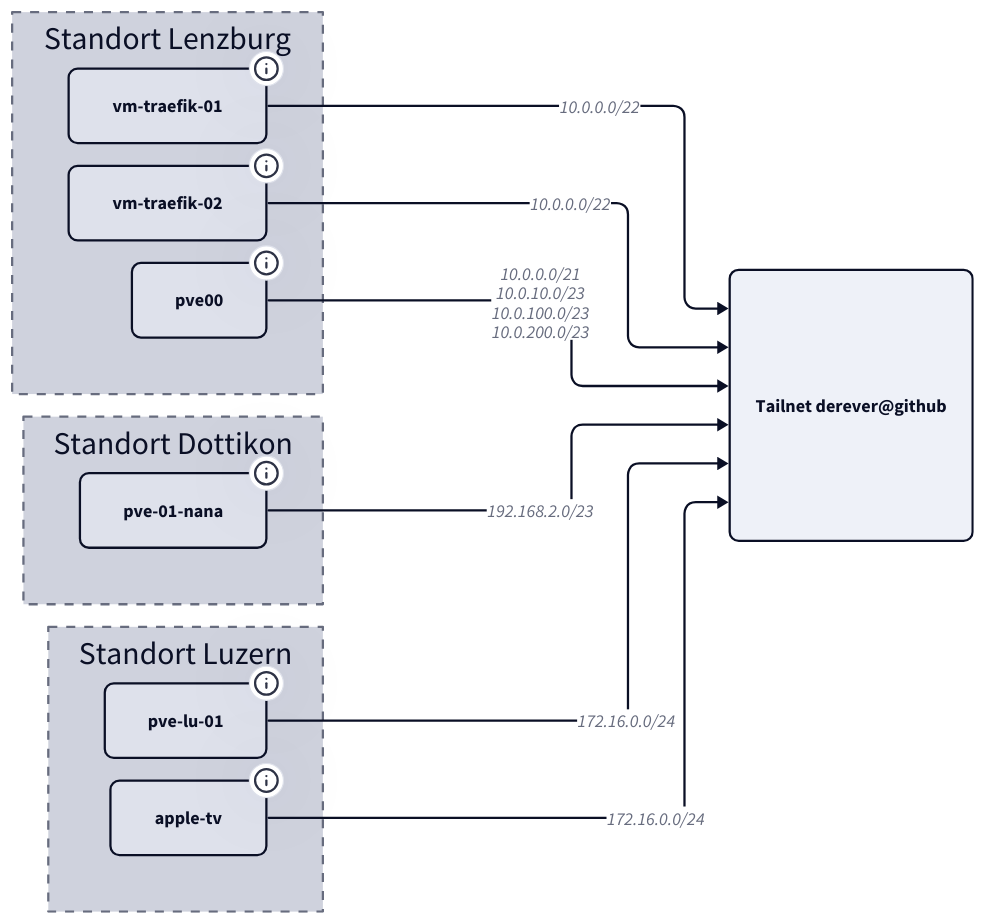
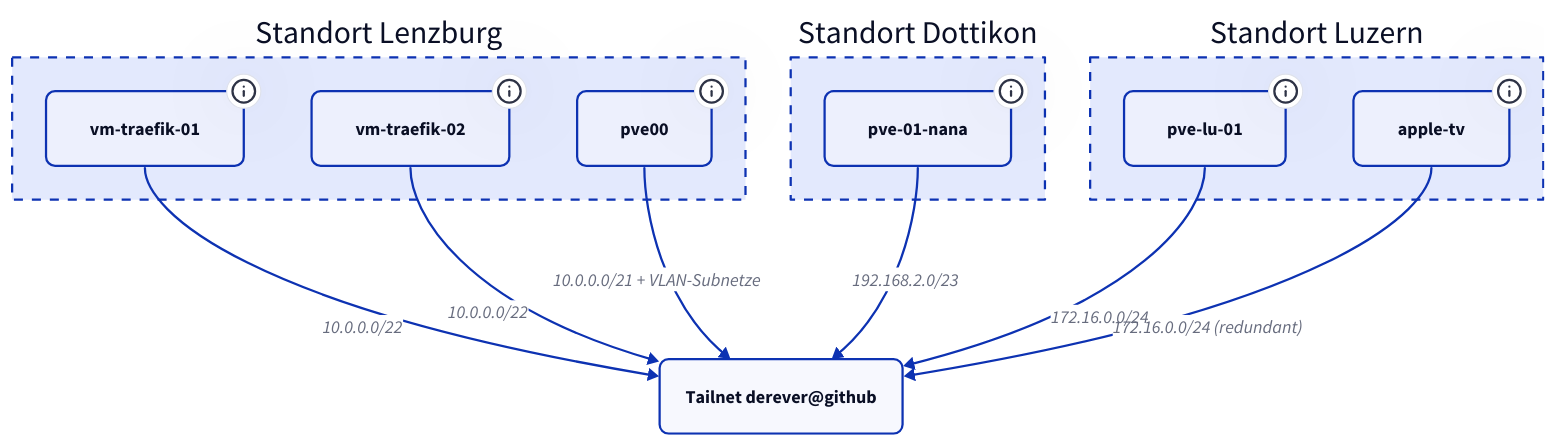
One commit to derever-labs/homelab-wiki changed the second of 2 diagrams in docs/netzwerk/tailscale.md. Above: the diagram before and after it, drawn with D2. The commit also changed other lines of this file and 9 other files, not shown here.

First line of the commit message:
docs(infrastruktur): Diagramme fuer TALA ueberarbeiten (Batch B2) (#100)

````diff
--- a/docs/netzwerk/tailscale.md
+++ b/docs/netzwerk/tailscale.md
@@ -86,68 +81,62 @@
 ```d2
-vars: {
-  d2-config: {
-    theme-id: 1
-    layout-engine: elk
-  }
-}
-direction: right
-
 classes: {
   standort: {
     style.stroke-dash: 4
   }
   router: {
     style.border-radius: 8
   }
   tailnet: {
     style.border-radius: 8
   }
 }
 
 TAILNET: Tailnet derever@github {
   class: tailnet
 }
 
 LENZBURG: Standort Lenzburg {
   class: standort
   TRF1: vm-traefik-01 {
     class: router
-    tooltip: "tag:homelab; 100.101.37.122; Exit-Node; advertisiert 10.0.0.0/22"
+    tooltip: "tag:homelab, 100.101.37.122, Exit-Node"
   }
   TRF2: vm-traefik-02 {
     class: router
-    tooltip: "tag:homelab; 100.91.238.106; Exit-Node; advertisiert 10.0.0.0/22"
+    tooltip: "tag:homelab, 100.91.238.106, Exit-Node"
   }
   PVE00: pve00 {
     class: router
-    tooltip: "tag:homelab; 100.89.174.31; advertisiert 10.0.0.0/21, 10.0.10.0/23, 10.0.100.0/23, 10.0.200.0/23"
+    tooltip: "tag:homelab, 100.89.174.31"
   }
 }
 
 DOTTIKON: Standort Dottikon {
   class: standort
   NANA: pve-01-nana {
     class: router
-    tooltip: "tag:homelab; 100.81.116.122; advertisiert 192.168.2.0/23"
+    tooltip: "tag:homelab, 100.81.116.122"
   }
 }
 
 LUZERN: Standort Luzern {
   class: standort
   PVELU: pve-lu-01 {
     class: router
-    tooltip: "tag:homelab; 100.112.213.18; advertisiert 172.16.0.0/24"
+    tooltip: "tag:homelab, 100.112.213.18"
   }
   ATV: apple-tv {
     class: router
-    tooltip: "tag:admin; 100.106.104.34; advertisiert 172.16.0.0/24 (redundant)"
+    tooltip: "tag:admin, 100.106.104.34"
   }
 }
 
 LENZBURG.TRF1 -> TAILNET: "10.0.0.0/22"
 LENZBURG.TRF2 -> TAILNET: "10.0.0.0/22"
-LENZBURG.PVE00 -> TAILNET: "10.0.0.0/21\n10.0.10.0/23\n10.0.100.0/23\n10.0.200.0/23"
+LENZBURG.PVE00 -> TAILNET: "10.0.0.0/21 + VLAN-Subnetze" {
+  tooltip: "10.0.0.0/21, 10.0.10.0/23, 10.0.100.0/23, 10.0.200.0/23"
+}
 DOTTIKON.NANA -> TAILNET: "192.168.2.0/23"
 LUZERN.PVELU -> TAILNET: "172.16.0.0/24"
-LUZERN.ATV -> TAILNET: "172.16.0.0/24"
+LUZERN.ATV -> TAILNET: "172.16.0.0/24 (redundant)"
 ```
````
